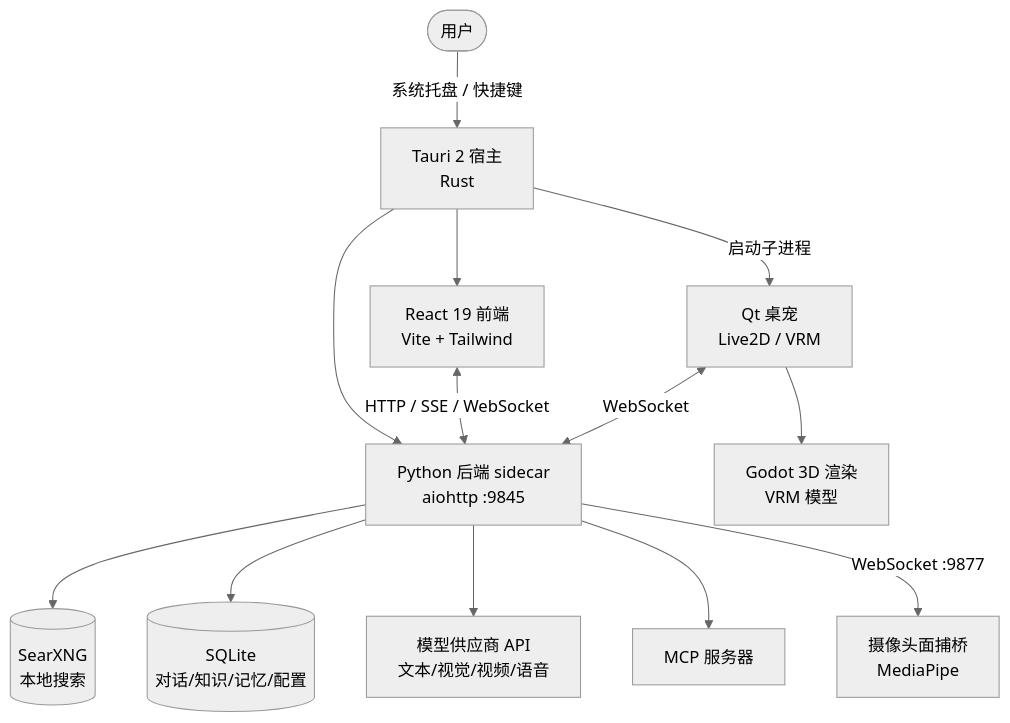
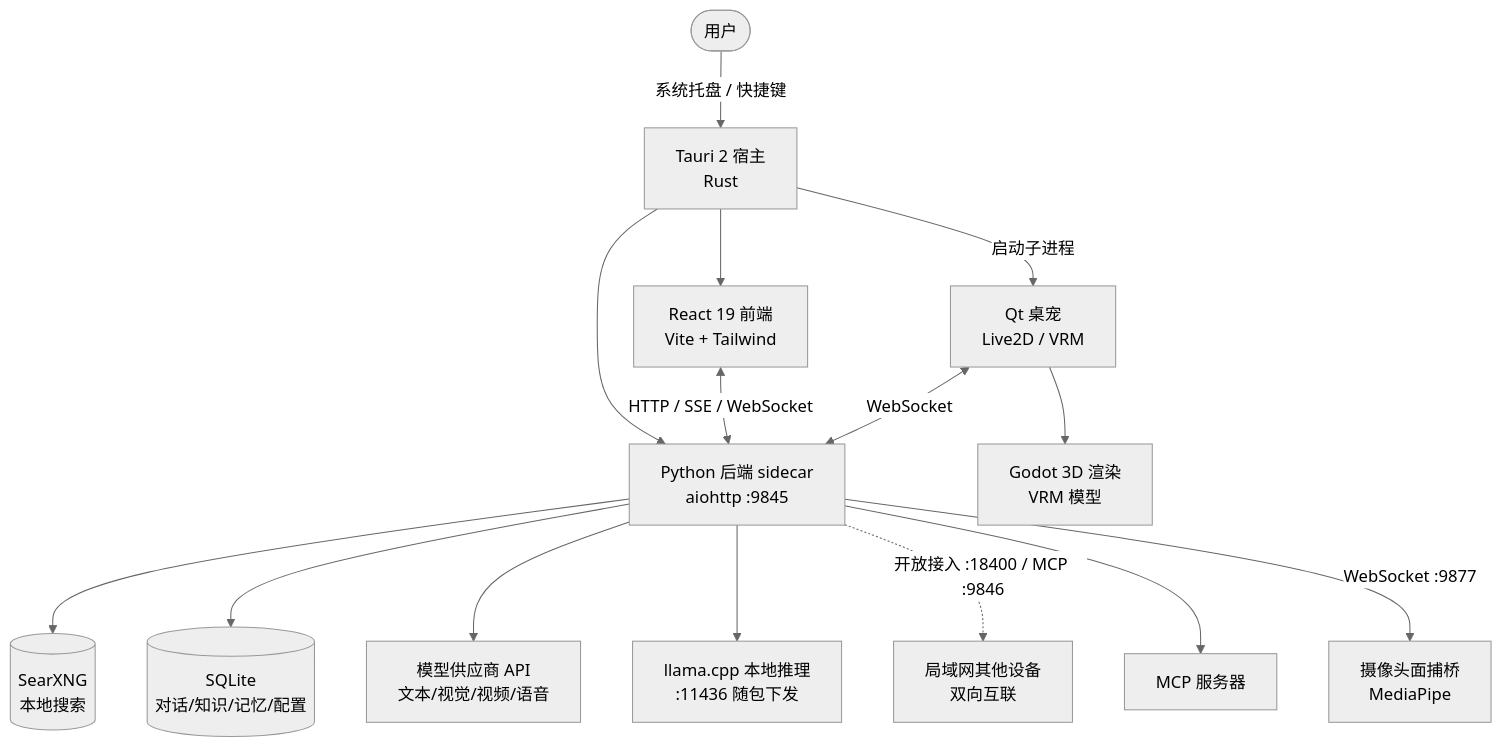
One commit to Hayliy/naixi-desktop changed the diagram in README.md. Above: the diagram before and after it, drawn with Mermaid (neutral theme). The commit also changed other lines of this file and 3 other files, not shown here.

````diff
--- a/README.md
+++ b/README.md
@@ -163,15 +180,17 @@
 ```mermaid
 graph TB
     User([用户]) -->|系统托盘 / 快捷键| Tauri[Tauri 2 宿主<br/>Rust]
     Tauri --> React[React 19 前端<br/>Vite + Tailwind]
     Tauri --> Python[Python 后端 sidecar<br/>aiohttp :9845]
     React <-->|HTTP / SSE / WebSocket| Python
     Python --> Search[(SearXNG<br/>本地搜索)]
     Python --> DB[(SQLite<br/>对话/知识/记忆/配置)]
     Python --> LLM[模型供应商 API<br/>文本/视觉/视频/语音]
+    Python --> Local[llama.cpp 本地推理<br/>:11436 随包下发]
+    Python -.->|开放接入 :18400 / MCP :9846| Mesh[局域网其他设备<br/>双向互联]
     Python --> MCP[MCP 服务器]
     Python -->|WebSocket :9877| Face[摄像头面捕桥<br/>MediaPipe]
     Tauri -->|启动子进程| Pet[Qt 桌宠<br/>Live2D / VRM]
     Pet <-->|WebSocket| Python
     Pet --> Godot[Godot 3D 渲染<br/>VRM 模型]
 ```
````
